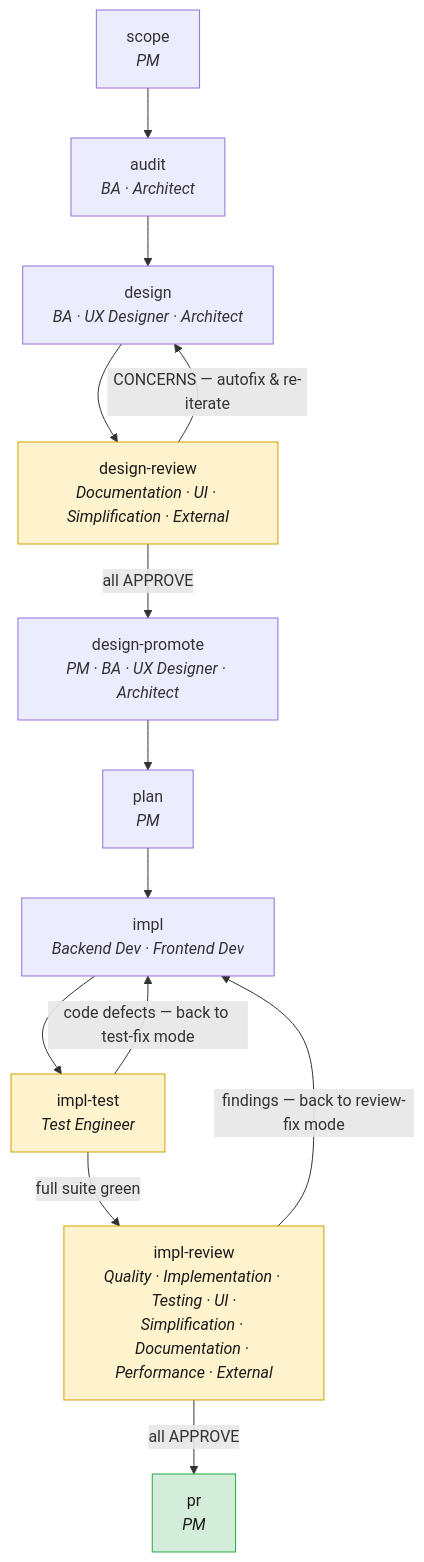
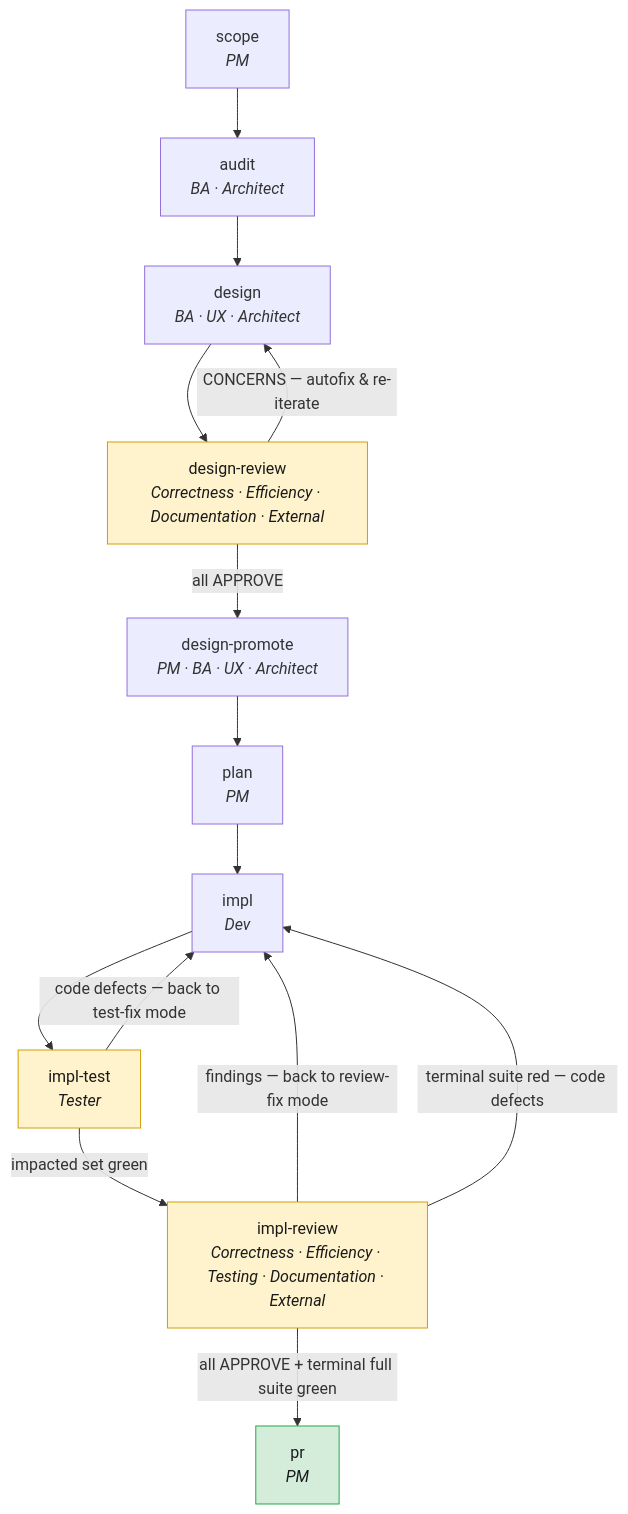
Before and after one commit to LordKuper/agentic-software-development: the diagram in README.md, drawn with Mermaid. The commit also changed other lines of this file and 158 other files, not shown here.

First line of the commit message:
feat!: merge reviewers and devs, two-tier test runs, APPROVE latch, versioned migrations (#21)

````diff
--- a/README.md
+++ b/README.md
@@ -124,20 +126,21 @@
 ```mermaid
 flowchart TD
     scope["scope<br/><i>PM</i>"] --> audit["audit<br/><i>BA · Architect</i>"]
-    audit --> design["design<br/><i>BA · UX Designer · Architect</i>"]
-    design --> dreview["design-review<br/><i>Documentation · UI · Simplification · External</i>"]
+    audit --> design["design<br/><i>BA · UX · Architect</i>"]
+    design --> dreview["design-review<br/><i>Correctness · Efficiency · Documentation · External</i>"]
     dreview -->|CONCERNS — autofix & re-iterate| design
-    dreview -->|all APPROVE| dpromote["design-promote<br/><i>PM · BA · UX Designer · Architect</i>"]
+    dreview -->|all APPROVE| dpromote["design-promote<br/><i>PM · BA · UX · Architect</i>"]
     dpromote --> plan["plan<br/><i>PM</i>"]
-    plan --> impl["impl<br/><i>Backend Dev · Frontend Dev</i>"]
-    impl --> itest["impl-test<br/><i>Test Engineer</i>"]
+    plan --> impl["impl<br/><i>Dev</i>"]
+    impl --> itest["impl-test<br/><i>Tester</i>"]
     itest -->|code defects — back to test-fix mode| impl
-    itest -->|full suite green| ireview["impl-review<br/><i>Quality · Implementation · Testing · UI ·<br/>Simplification · Documentation · Performance · External</i>"]
+    itest -->|impacted set green| ireview["impl-review<br/><i>Correctness · Efficiency · Testing · Documentation · External</i>"]
     ireview -->|findings — back to review-fix mode| impl
-    ireview -->|all APPROVE| pr["pr<br/><i>PM</i>"]
+    ireview -->|terminal suite red — code defects| impl
+    ireview -->|all APPROVE + terminal full suite green| pr["pr<br/><i>PM</i>"]
 
     classDef review fill:#fff3cd,stroke:#d39e00,color:#1a1a1a;
     classDef done fill:#d4edda,stroke:#28a745,color:#1a1a1a;
     class dreview,ireview,itest review;
     class pr done;
 ```
````
